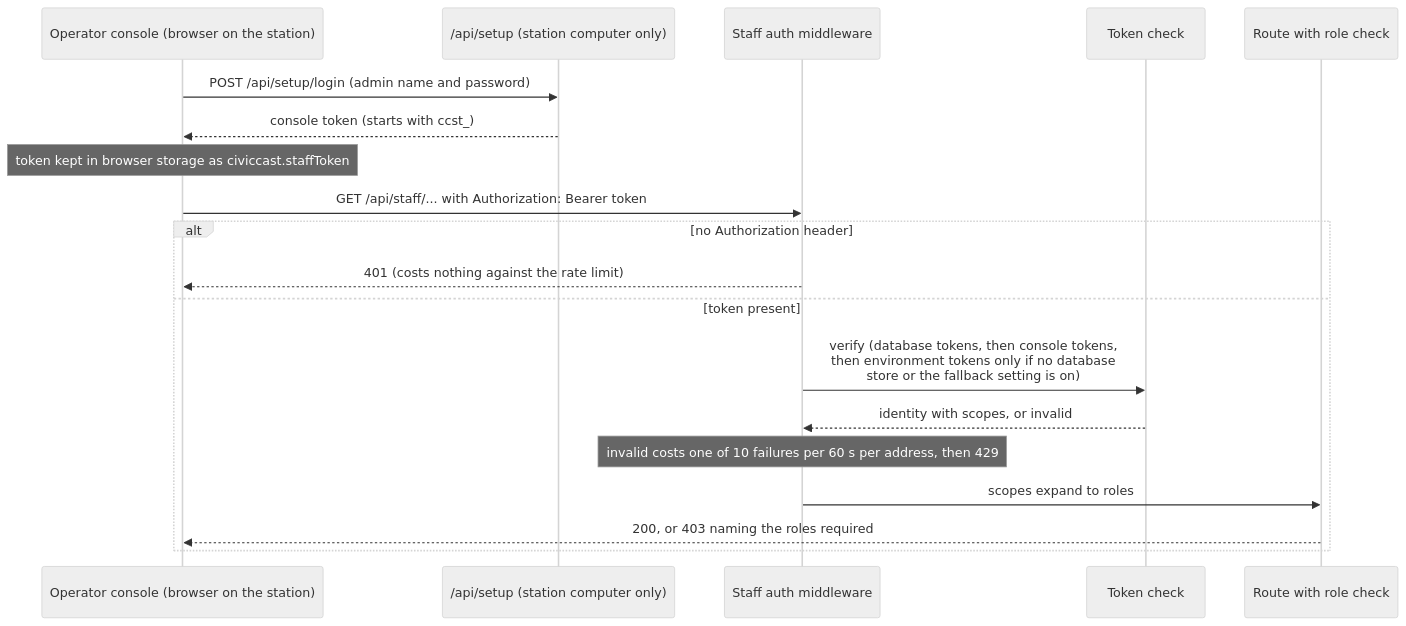
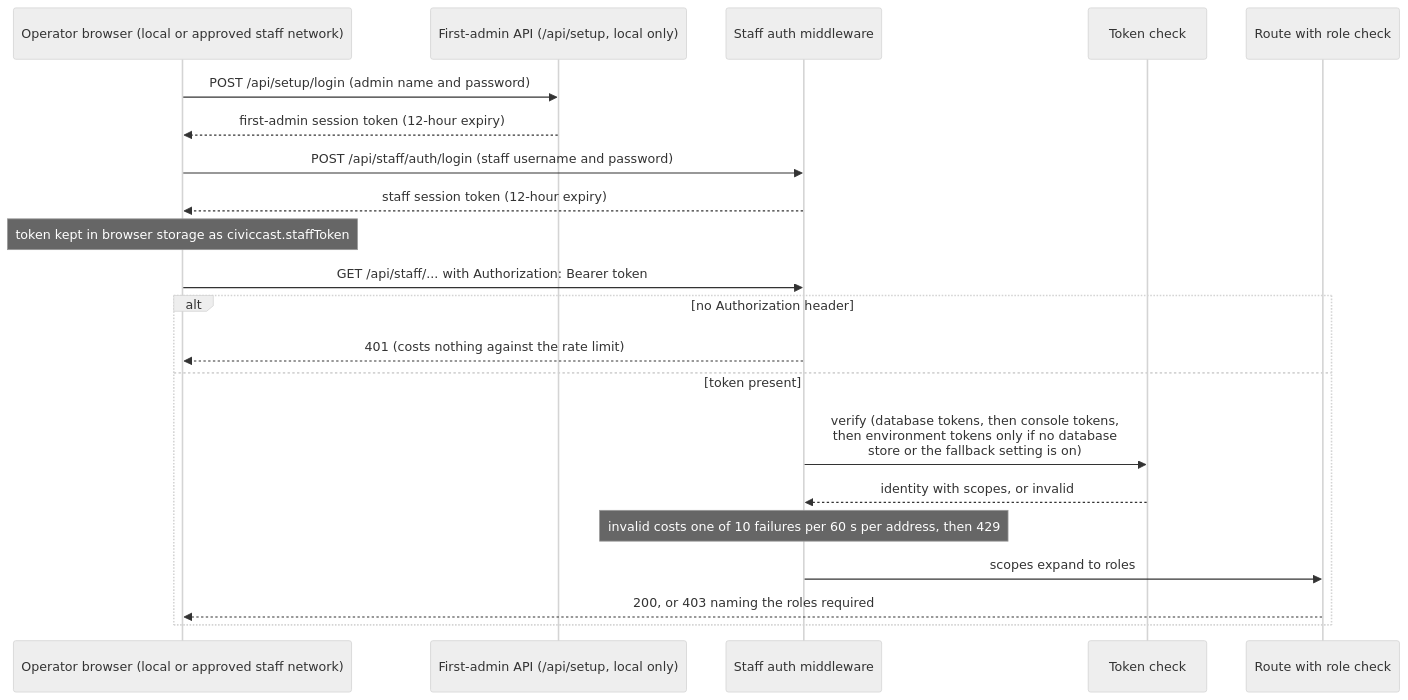
Diagram 12 of 16 in docs/manual/src/30-architecture.md (scottconverse/civiccast-native), drawn with Mermaid (neutral theme) before and after one commit. The commit also changed other lines of this file and 165 other files, not shown here.

````diff
--- a/docs/manual/src/30-architecture.md
+++ b/docs/manual/src/30-architecture.md
@@ -612,21 +612,23 @@
 ```mermaid
 sequenceDiagram
-    participant B as Operator console (browser on the station)
-    participant S as /api/setup (station computer only)
+    participant B as Operator browser (local or approved staff network)
+    participant S as First-admin API (/api/setup, local only)
     participant M as Staff auth middleware
     participant T as Token check
     participant R as Route with role check
     B->>S: POST /api/setup/login (admin name and password)
-    S-->>B: console token (starts with ccst_)
+    S-->>B: first-admin session token (12-hour expiry)
+    B->>M: POST /api/staff/auth/login (staff username and password)
+    M-->>B: staff session token (12-hour expiry)
     Note over B: token kept in browser storage as civiccast.staffToken
     B->>M: GET /api/staff/... with Authorization: Bearer token
     alt no Authorization header
         M-->>B: 401 (costs nothing against the rate limit)
     else token present
         M->>T: verify (database tokens, then console tokens,<br/>then environment tokens only if no database<br/>store or the fallback setting is on)
         T-->>M: identity with scopes, or invalid
         Note over M: invalid costs one of 10 failures per 60 s per address, then 429
         M->>R: scopes expand to roles
         R-->>B: 200, or 403 naming the roles required
     end
 ```
````
